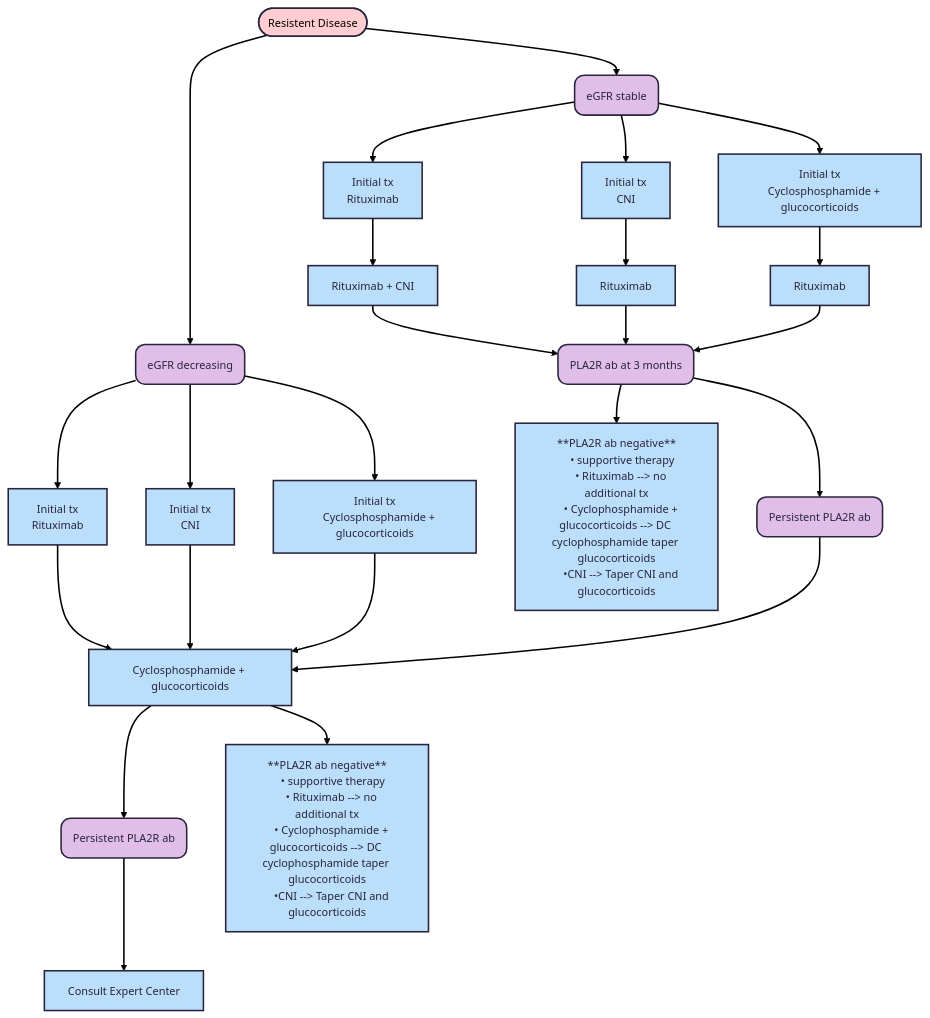
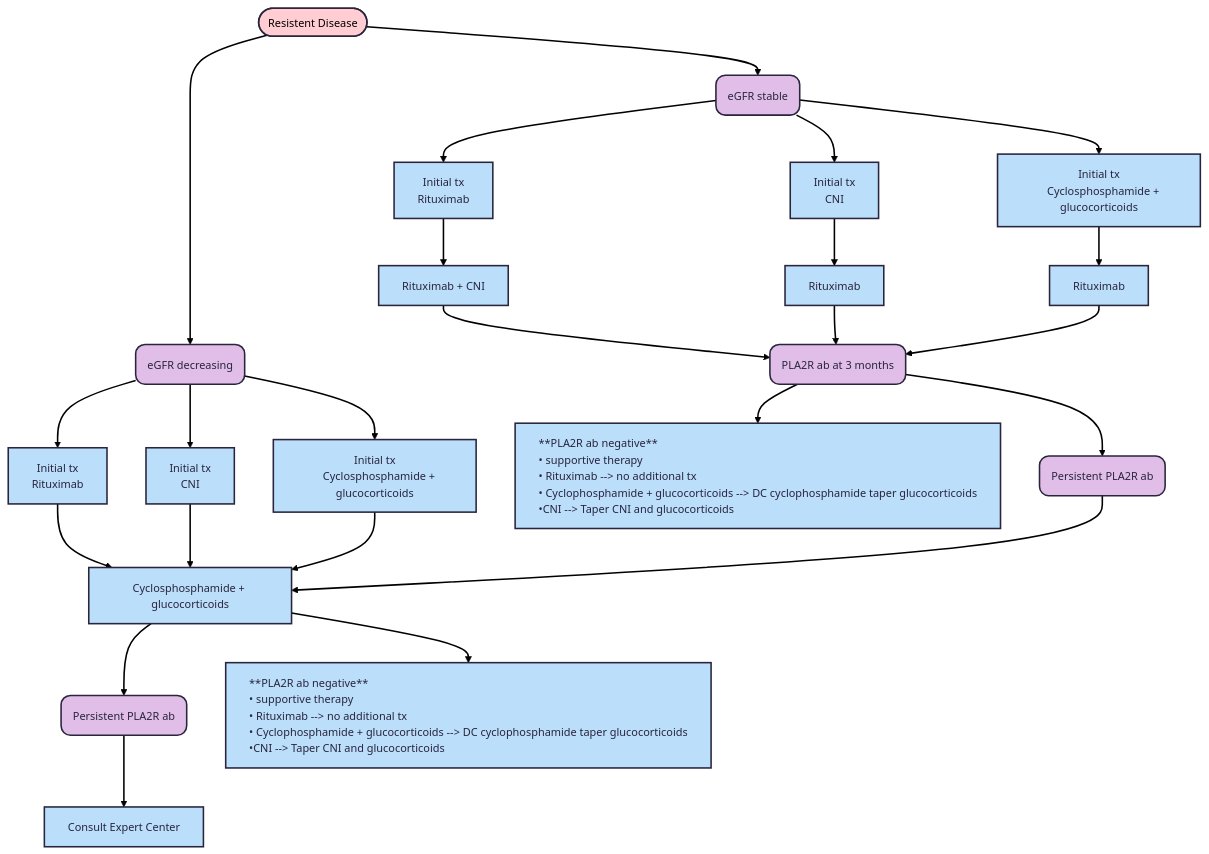
Before and after one commit to TTUNEPH2025/GN: the fourth of 4 diagrams in docs/Membranous.md, drawn with Mermaid.

````diff
--- a/docs/Membranous.md
+++ b/docs/Membranous.md
@@ -292,61 +292,61 @@
 ```mermaid
 ---
 config:
   theme: redux
 ---
 flowchart TD
     n32(["Resistent Disease"]) --> n54["eGFR stable"] & n55["eGFR decreasing"]
     n54 --> n57["Initial tx 
     Rituximab"] & n58["Initial tx
     CNI"] & n59["Initial tx
     Cyclosphosphamide + glucocorticoids"]
     n55 --> n60["Initial tx
     Rituximab"] & n61["Initial tx
     CNI"] & n62["Initial tx
     Cyclosphosphamide + glucocorticoids"]
     n57 --> n63["Rituximab + CNI"]
     n58 --> n64["Rituximab"]
     n59 --> n65["Rituximab"]
     n60 --> n66["Cyclosphosphamide + glucocorticoids"]
     n61 --> n66
     n62 --> n66
     n63 --> n67["PLA2R ab at 3 months"]
     n64 --> n67
     n65 --> n67
     n67 --> n70["**PLA2R ab negative**
     • supportive therapy
     • Rituximab --> no additional tx
     • Cyclophosphamide + glucocorticoids --> DC cyclophosphamide taper glucocorticoids
     •CNI --> Taper CNI and glucocorticoids"] & n71["Persistent PLA2R ab"]
     n66 --> n68["Persistent PLA2R ab"] & n72["**PLA2R ab negative**
     • supportive therapy
     • Rituximab --> no additional tx
     • Cyclophosphamide + glucocorticoids --> DC cyclophosphamide taper glucocorticoids
     •CNI --> Taper CNI and glucocorticoids"]
     n68 --> n69["Consult Expert Center"]
     n71 --> n66
     n54@{ shape: rounded}
     n55@{ shape: rounded}
     n67@{ shape: rounded}
     n71@{ shape: rounded}
     n68@{ shape: rounded}
     style n32 color:#000000,fill:#FFCDD2
     style n54 fill:#E1BEE7
     style n55 fill:#E1BEE7
     style n57 fill:#BBDEFB
     style n58 fill:#BBDEFB
     style n59 fill:#BBDEFB
     style n60 fill:#BBDEFB
     style n61 fill:#BBDEFB
     style n62 fill:#BBDEFB
     style n63 fill:#BBDEFB
     style n64 fill:#BBDEFB
     style n65 fill:#BBDEFB
     style n66 fill:#BBDEFB
     style n67 fill:#E1BEE7
-    style n70 fill:#BBDEFB
+    style n70 fill:#BBDEFB,text-align:left,white-space:nowrap
     style n71 fill:#E1BEE7
     style n68 fill:#E1BEE7
-    style n72 fill:#BBDEFB
+    style n72 fill:#BBDEFB,text-align:left,white-space:nowrap
     style n69 fill:#BBDEFB
 ```
````
